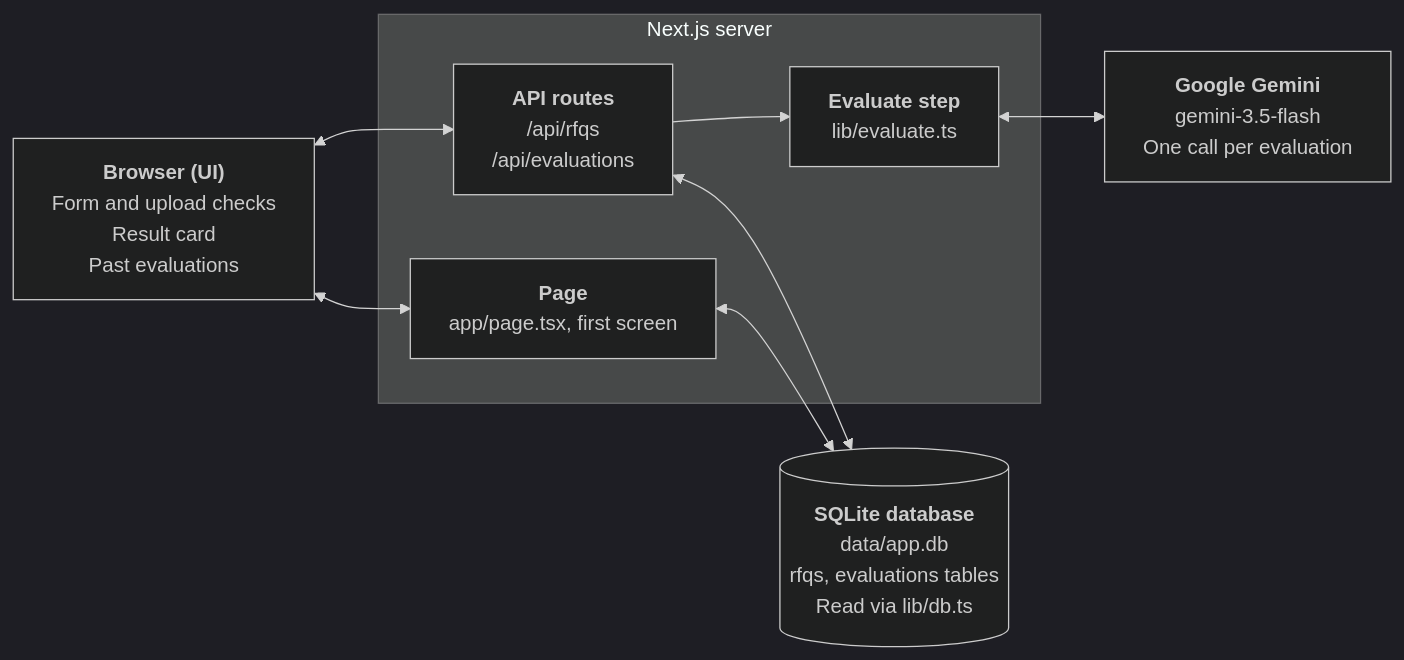
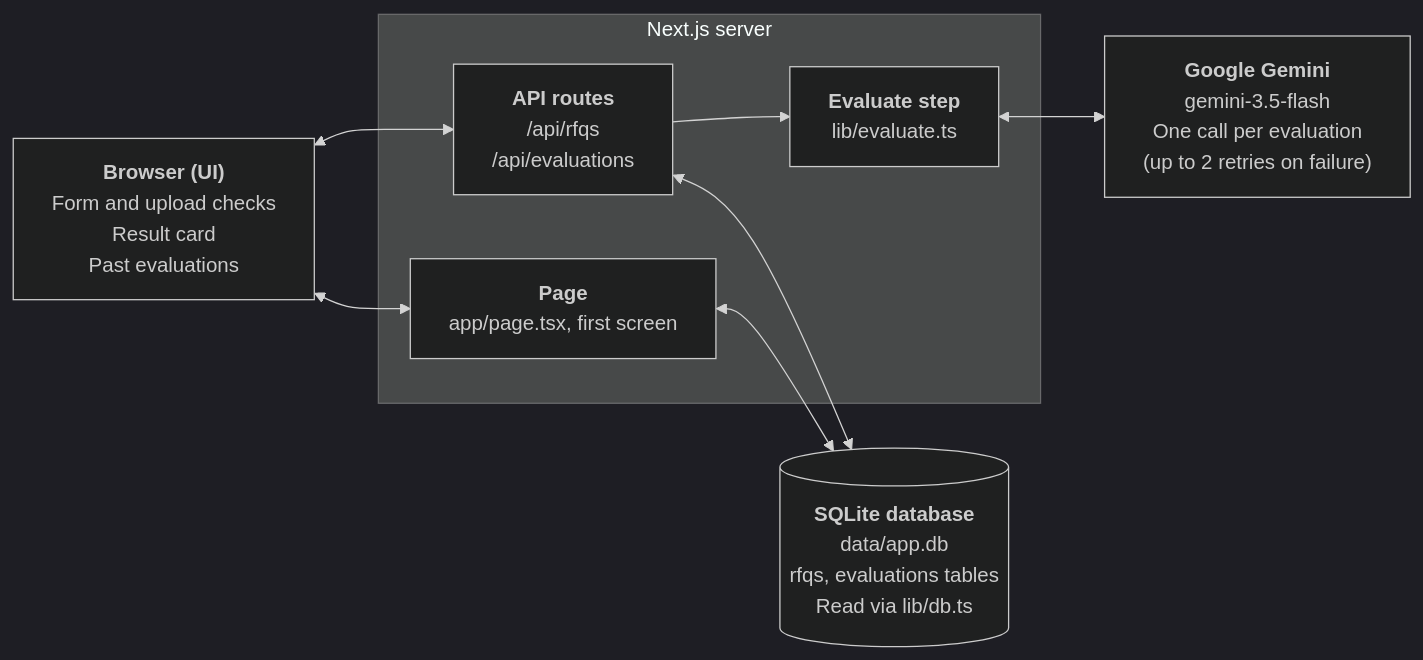
The first of 5 diagrams in docs/HOW_IT_WORKS.md (Pratyush1506/rfq-scorer), drawn with Mermaid (dark theme) before and after one commit. The commit also changed other lines of this file and 1 other file, not shown here.

````diff
--- a/docs/HOW_IT_WORKS.md
+++ b/docs/HOW_IT_WORKS.md
@@ -27,20 +27,20 @@
 ```mermaid
 flowchart LR
     B["<b>Browser (UI)</b><br/>Form and upload checks<br/>Result card<br/>Past evaluations"]
 
     subgraph S["Next.js server"]
         P["<b>Page</b><br/>app/page.tsx, first screen"]
         A["<b>API routes</b><br/>/api/rfqs<br/>/api/evaluations"]
         E["<b>Evaluate step</b><br/>lib/evaluate.ts"]
         A --> E
     end
 
     D[("<b>SQLite database</b><br/>data/app.db<br/>rfqs, evaluations tables<br/>Read via lib/db.ts")]
-    G["<b>Google Gemini</b><br/>gemini-3.5-flash<br/>One call per evaluation"]
+    G["<b>Google Gemini</b><br/>gemini-3.5-flash<br/>One call per evaluation<br/>(up to 2 retries on failure)"]
 
     B <--> P
     B <--> A
     P <--> D
     A <--> D
     E <--> G
 ```
````
